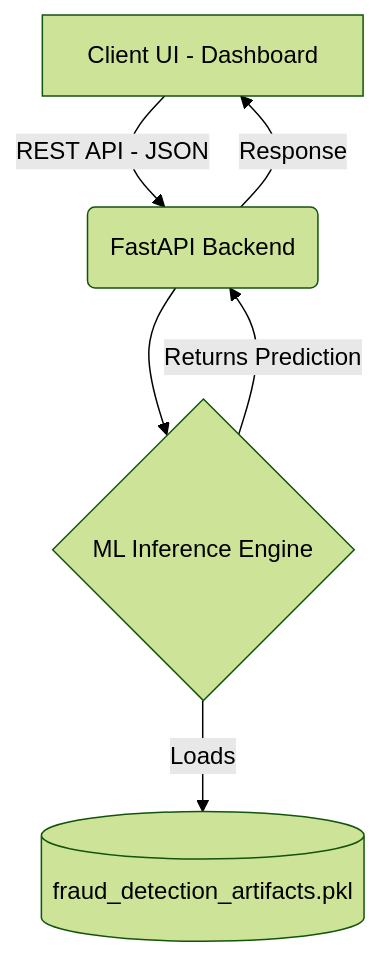
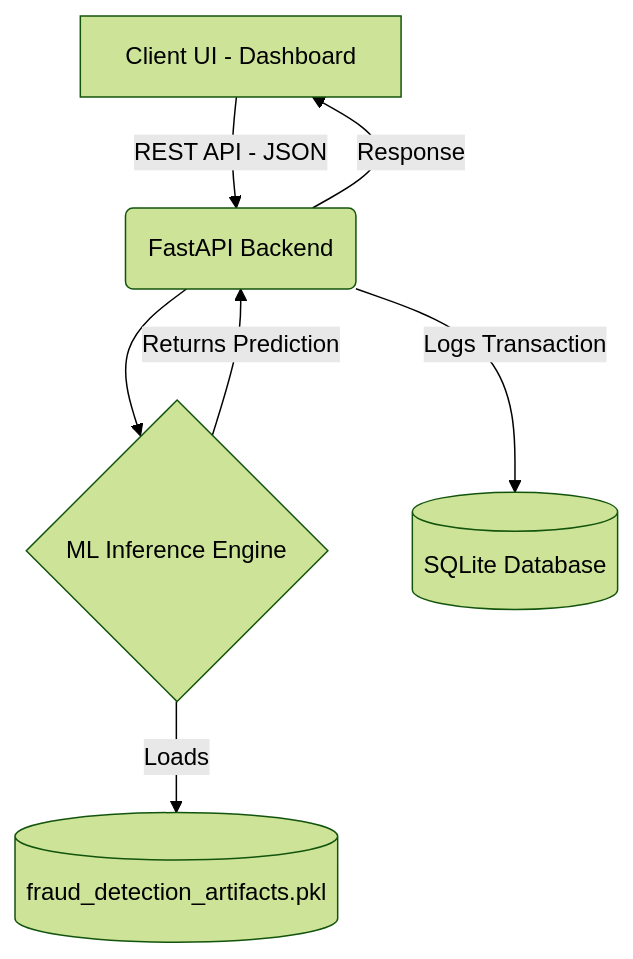
The diagram in README.md (AnsariHuzaif97/Aegiscore-Fraud-Detection), drawn with Mermaid (forest theme) before and after one commit. The commit also changed other lines of this file, not shown here.

````diff
--- a/README.md
+++ b/README.md
@@ -41,8 +41,9 @@
 ```mermaid
 graph TD;
     A[Client UI - Dashboard] -->|REST API - JSON| B(FastAPI Backend);
     B --> C{ML Inference Engine};
     C -->|Loads| D[(fraud_detection_artifacts.pkl)];
     C -->|Returns Prediction| B;
+    B -->|Logs Transaction| E[(SQLite Database)];
     B -->|Response| A;
 ```
````
